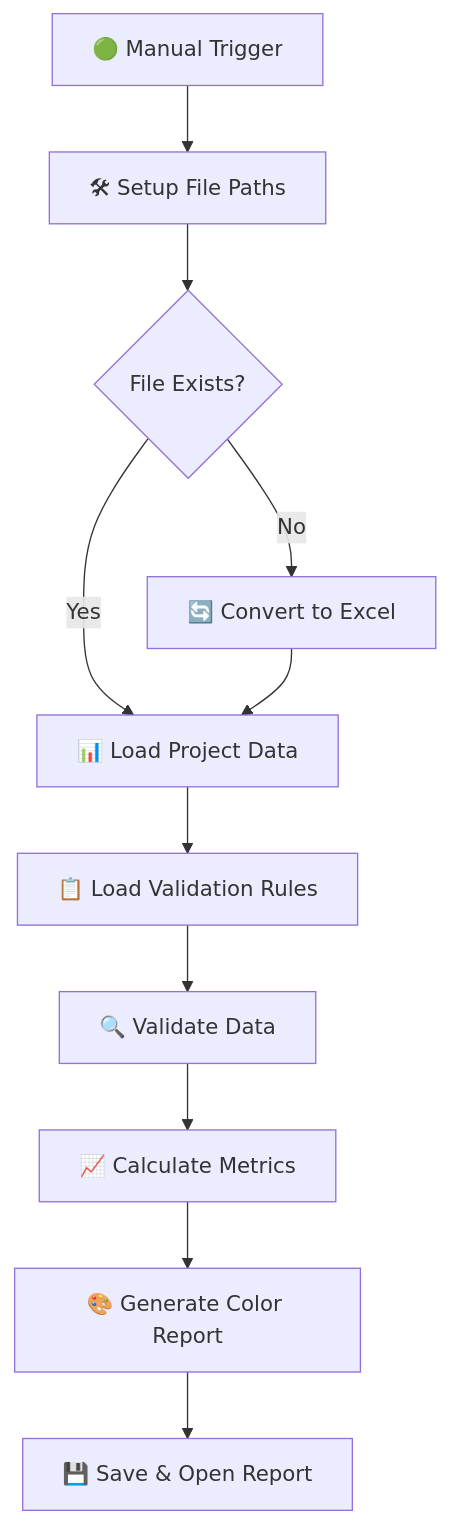
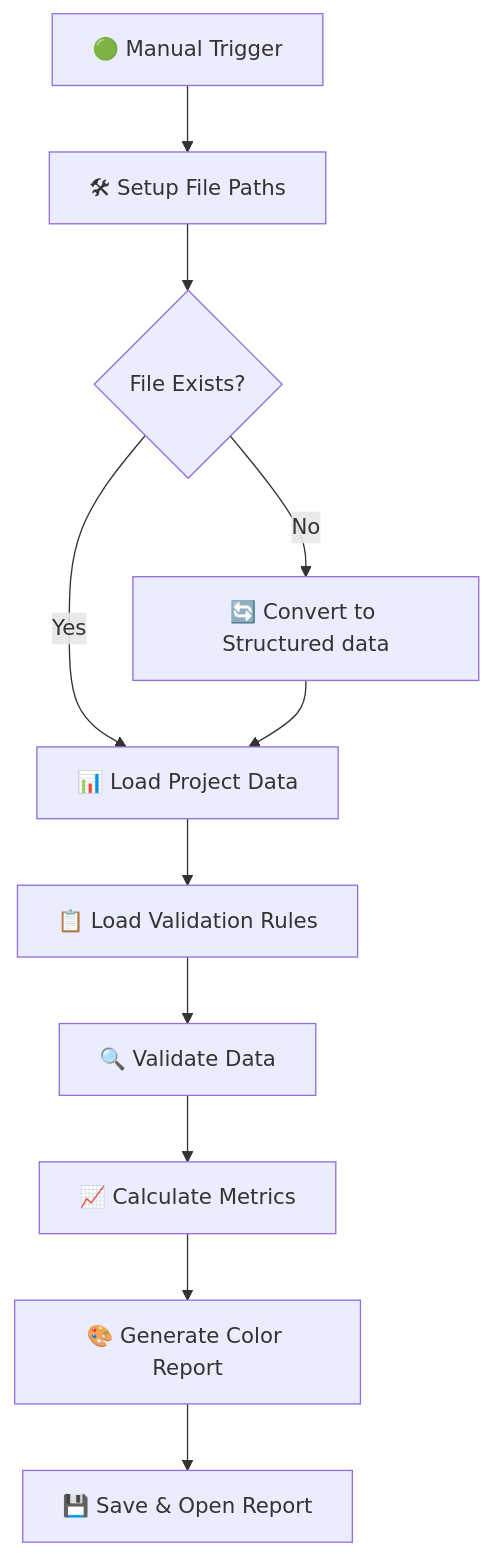
Before and after one commit to ehtick/cad2data-Revit-IFC-DWG-DGN-pipeline-with-conversion-validation-qto: the third of 4 diagrams in README.md, drawn with Mermaid. The commit also changed other lines of this file, not shown here.

````diff
--- a/README.md
+++ b/README.md
@@ -229,13 +229,13 @@
 ```mermaid
 graph TD;
     A[🟢 Manual Trigger] --> B[🛠 Setup File Paths]
     B --> C{File Exists?}
-    C -->|No| D[🔄 Convert to Excel]
+    C -->|No| D[🔄 Convert to Structured data]
     C -->|Yes| E[📊 Load Project Data]
     D --> E
     E --> F[📋 Load Validation Rules]
     F --> G[🔍 Validate Data]
     G --> H[📈 Calculate Metrics]
     H --> I[🎨 Generate Color Report]
     I --> J[💾 Save & Open Report]
 ```
````
